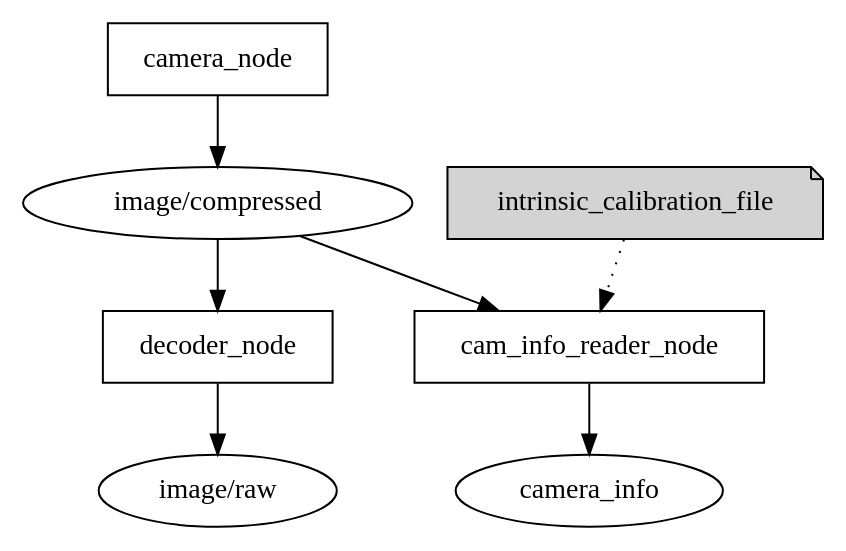
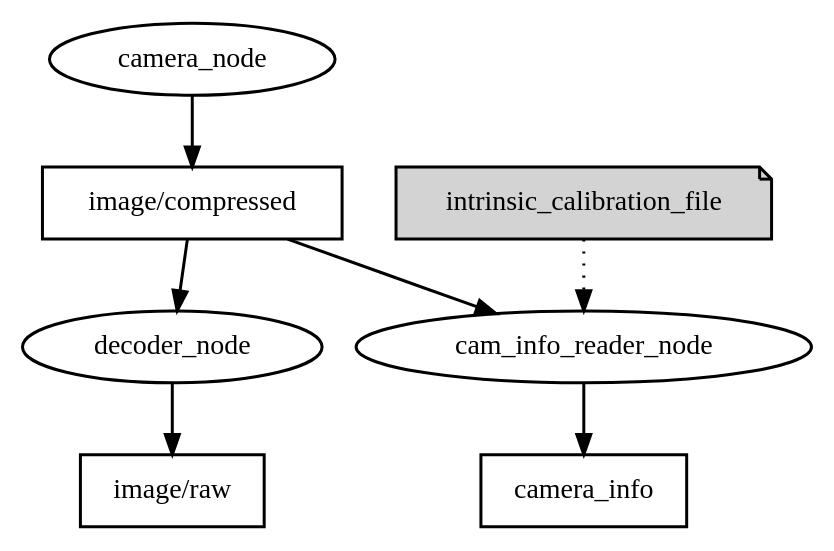
One commit to shihyuan/duckietown_ros_slides changed the diagram in dot/camera.dot. Above: the diagram before and after it, drawn with Graphviz. The commit also changed 15 other files, not shown here.

```diff
--- a/dot/camera.dot
+++ b/dot/camera.dot
@@ -1,29 +1,32 @@
 digraph D {	
-	node [shape=box,style=filled];
+	edge [penwidth=1.5]
+	node [penwidth=1.5]
+	
+	node [shape=ellipse,style=filled];
 	subgraph nodes{
 		node [fillcolor=white];
 		camera_node;
 		decoder_node;
 		cam_info_reader_node;
 	}
 	
 	node [shape=note,sytle=filled];
 	subgraph files{
 		intrinsic_calibration_file;
 	}
 	
-	node [shape=ellipse,style=""];
+	node [shape=box,style=""];
 	subgraph topic{
 		node [fillcolor=white];
 		image_compressed[label="image/compressed"];
 		image_raw[label="image/raw"];
 		camera_info;
 	}
 	camera_node->image_compressed;
 	image_compressed->decoder_node;
 	image_compressed->cam_info_reader_node;
 	decoder_node->image_raw;
 	cam_info_reader_node->camera_info;
 	intrinsic_calibration_file->cam_info_reader_node[style="dotted"];
 	//{rank=same; camera_node;decoder_node;cam_info_reader_node};
 }
```
